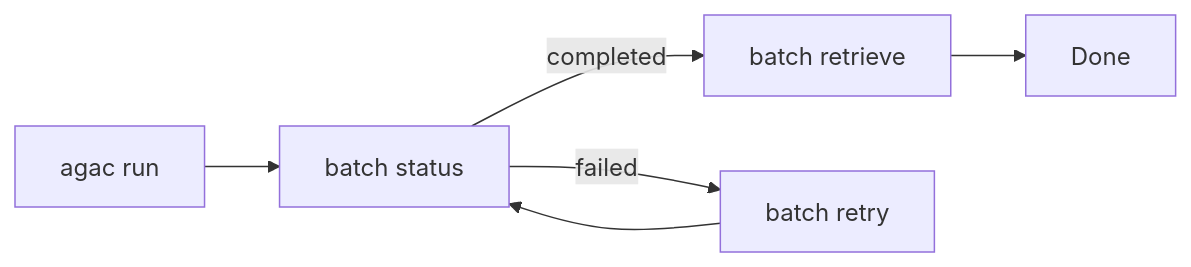
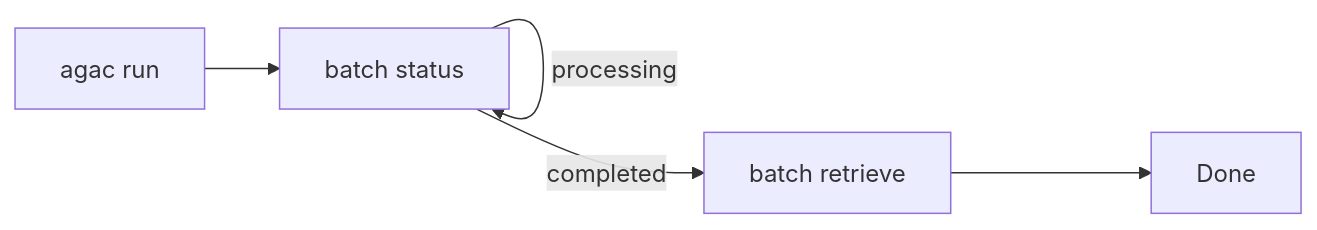
The diagram in docs.agent-actions/docs/cli-reference/batch.md (Muizzkolapo/agent-actions), drawn with Mermaid before and after one commit. The commit also changed other lines of this file and 8 other files, not shown here.

````diff
--- a/docs.agent-actions/docs/cli-reference/batch.md
+++ b/docs.agent-actions/docs/cli-reference/batch.md
@@ -157,8 +92,7 @@
 ```mermaid
 flowchart LR
     run[agac run] --> status[batch status]
+    status --> |processing| status
     status --> |completed| retrieve[batch retrieve]
-    status --> |failed| retry[batch retry]
-    retry --> status
     retrieve --> done[Done]
 ```
````
